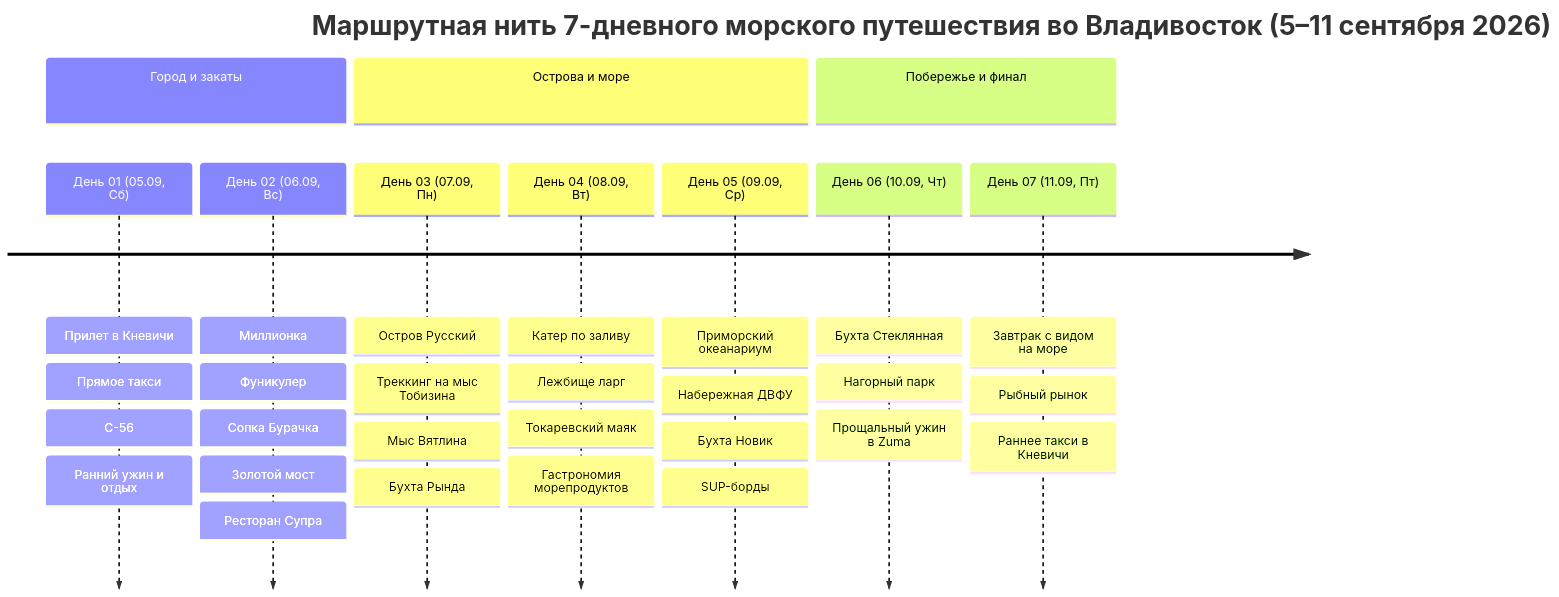
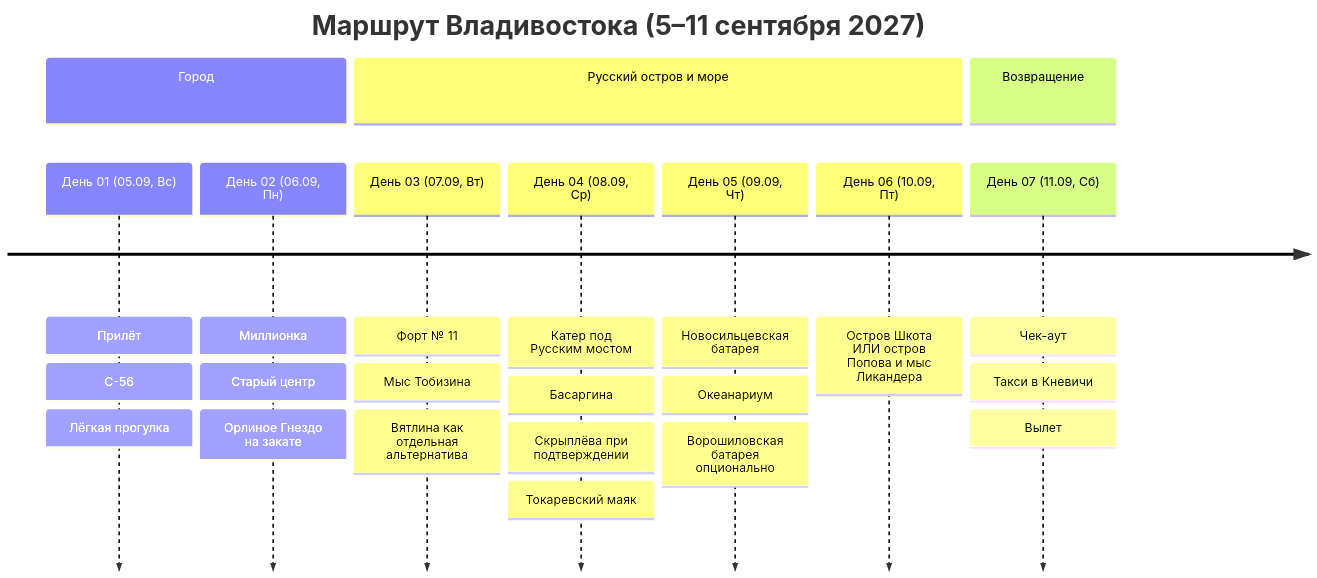
Before and after one commit to injurka/obsidian-mark: the diagram in Personal Note/Travel/-- Владивосток/Владивосток.md, drawn with Mermaid. The commit also changed other lines of this file and 47 other files, not shown here.

````diff
--- a/Personal Note/Travel/-- Владивосток/Владивосток.md
+++ b/Personal Note/Travel/-- Владивосток/Владивосток.md
@@ -44,14 +42,14 @@
 ```mermaid
 timeline
-    title Маршрутная нить 7-дневного морского путешествия во Владивосток (5–11 сентября 2026)
-    section Город и закаты
-        День 01 (05.09, Сб) : Прилет в Кневичи : Прямое такси : С-56 : Ранний ужин и отдых
-        День 02 (06.09, Вс) : Миллионка : Фуникулер : Сопка Бурачка : Золотой мост : Ресторан Супра
-    section Острова и море
-        День 03 (07.09, Пн) : Остров Русский : Треккинг на мыс Тобизина : Мыс Вятлина : Бухта Рында
-        День 04 (08.09, Вт) : Катер по заливу : Лежбище ларг : Токаревский маяк : Гастрономия морепродуктов
-        День 05 (09.09, Ср) : Приморский океанариум : Набережная ДВФУ : Бухта Новик : SUP-борды
-    section Побережье и финал
-        День 06 (10.09, Чт) : Бухта Стеклянная : Нагорный парк : Прощальный ужин в Zuma
-        День 07 (11.09, Пт) : Завтрак с видом на море : Рыбный рынок : Раннее такси в Кневичи
+    title Маршрут Владивостока (5–11 сентября 2027)
+    section Город
+        День 01 (05.09, Вс) : Прилёт : С-56 : Лёгкая прогулка
+        День 02 (06.09, Пн) : Миллионка : Старый центр : Орлиное Гнездо на закате
+    section Русский остров и море
+        День 03 (07.09, Вт) : Форт № 11 : Мыс Тобизина : Вятлина как отдельная альтернатива
+        День 04 (08.09, Ср) : Катер под Русским мостом : Басаргина : Скрыплёва при подтверждении : Токаревский маяк
+        День 05 (09.09, Чт) : Новосильцевская батарея : Океанариум : Ворошиловская батарея опционально
+        День 06 (10.09, Пт) : Остров Шкота ИЛИ остров Попова и мыс Ликандера
+    section Возвращение
+        День 07 (11.09, Сб) : Чек-аут : Такси в Кневичи : Вылет
 ```
````
